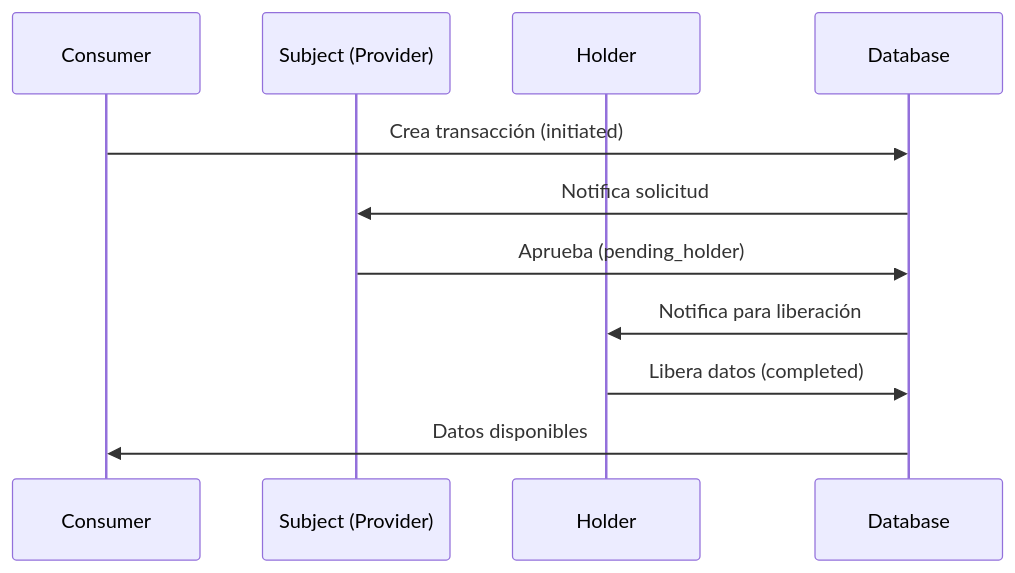
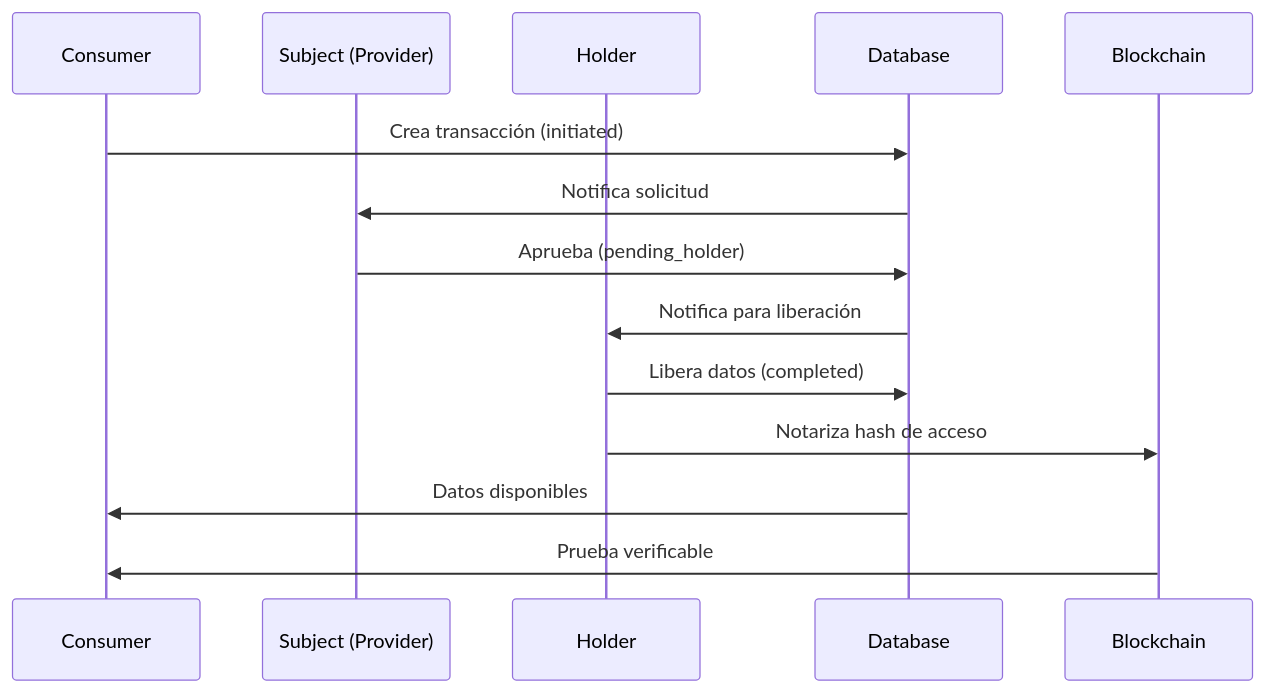
The second of 4 diagrams in docs/ContextDocument.md (Ullswater-Investments/snuggle-app-studio), drawn with Mermaid before and after one commit. The commit also changed other lines of this file and 2 other files, not shown here.

````diff
--- a/docs/ContextDocument.md
+++ b/docs/ContextDocument.md
@@ -203,14 +220,17 @@
 ```mermaid
 sequenceDiagram
     participant C as Consumer
     participant S as Subject (Provider)
     participant H as Holder
     participant DB as Database
+    participant BC as Blockchain
 
     C->>DB: Crea transacción (initiated)
     DB->>S: Notifica solicitud
     S->>DB: Aprueba (pending_holder)
     DB->>H: Notifica para liberación
     H->>DB: Libera datos (completed)
+    H->>BC: Notariza hash de acceso
     DB->>C: Datos disponibles
+    BC->>C: Prueba verificable
 ```
````
